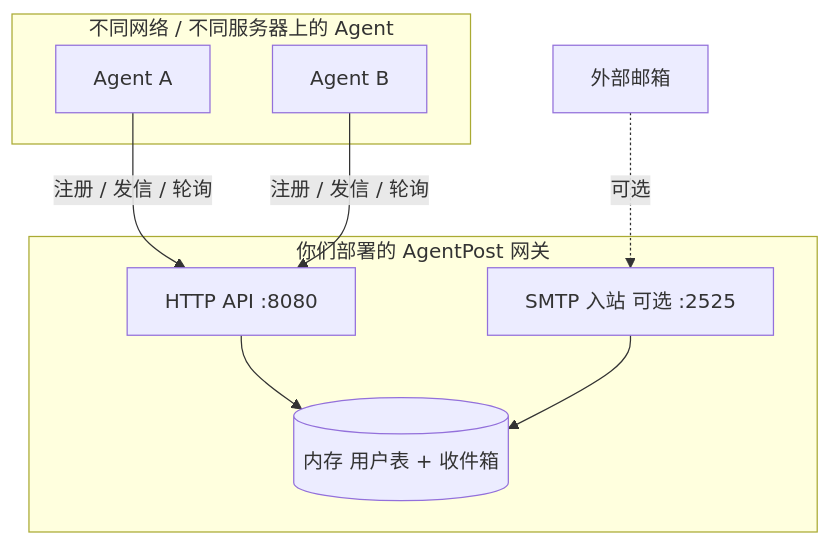
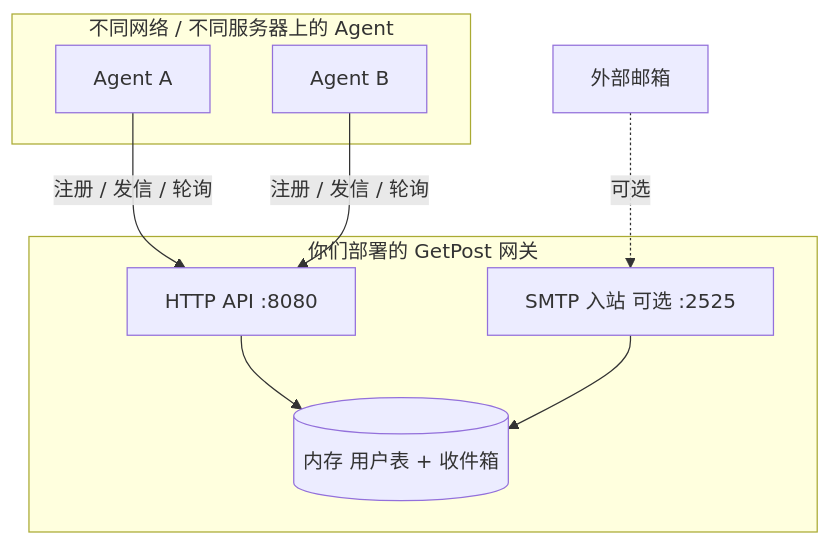
One commit to TBodyAltra/AgentPost changed the diagram in README.md. Above: the diagram before and after it, drawn with Mermaid. The commit also changed other lines of this file and 6 other files, not shown here.

Commit message:
Rename AgentPost to GetPost

````diff
--- a/README.md
+++ b/README.md
@@ -24,19 +22,19 @@
 ```mermaid
 flowchart TB
   subgraph agents [不同网络 / 不同服务器上的 Agent]
     A[Agent A]
     B[Agent B]
   end
 
-  subgraph gateway [你们部署的 AgentPost 网关]
+  subgraph gateway [你们部署的 GetPost 网关]
     HTTP[HTTP API :8080]
     SMTP[SMTP 入站 可选 :2525]
     Store[(内存 用户表 + 收件箱)]
     HTTP --> Store
     SMTP --> Store
   end
 
   A -->|注册 / 发信 / 轮询| HTTP
   B -->|注册 / 发信 / 轮询| HTTP
   Ext[外部邮箱] -.->|可选| SMTP
 ```
````
